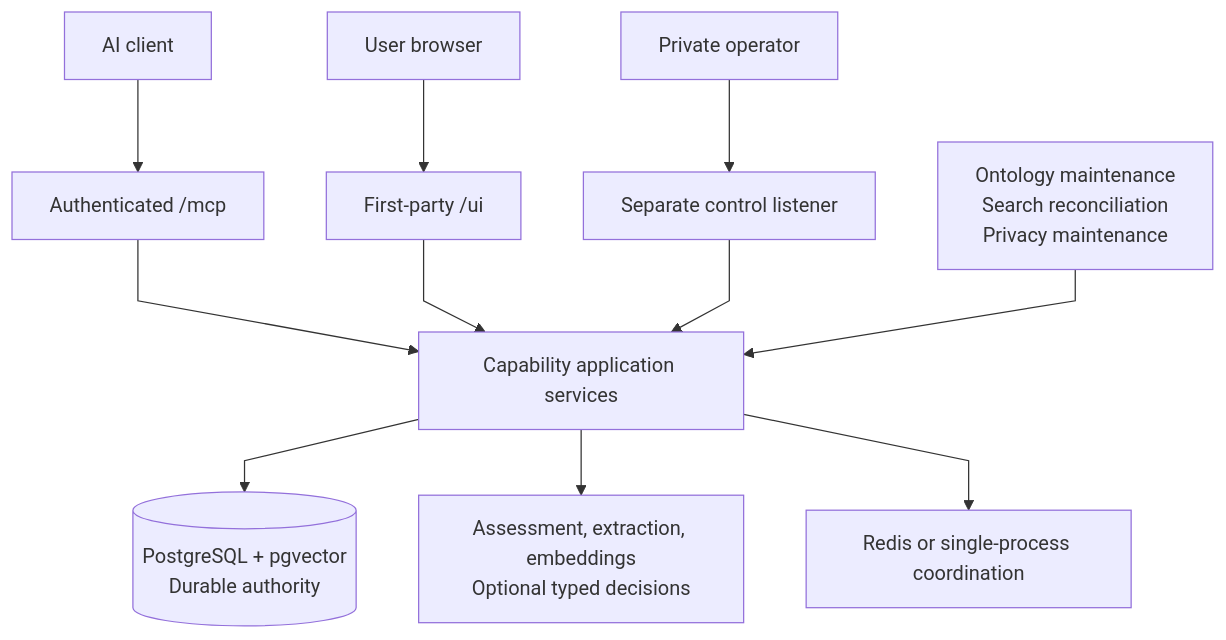
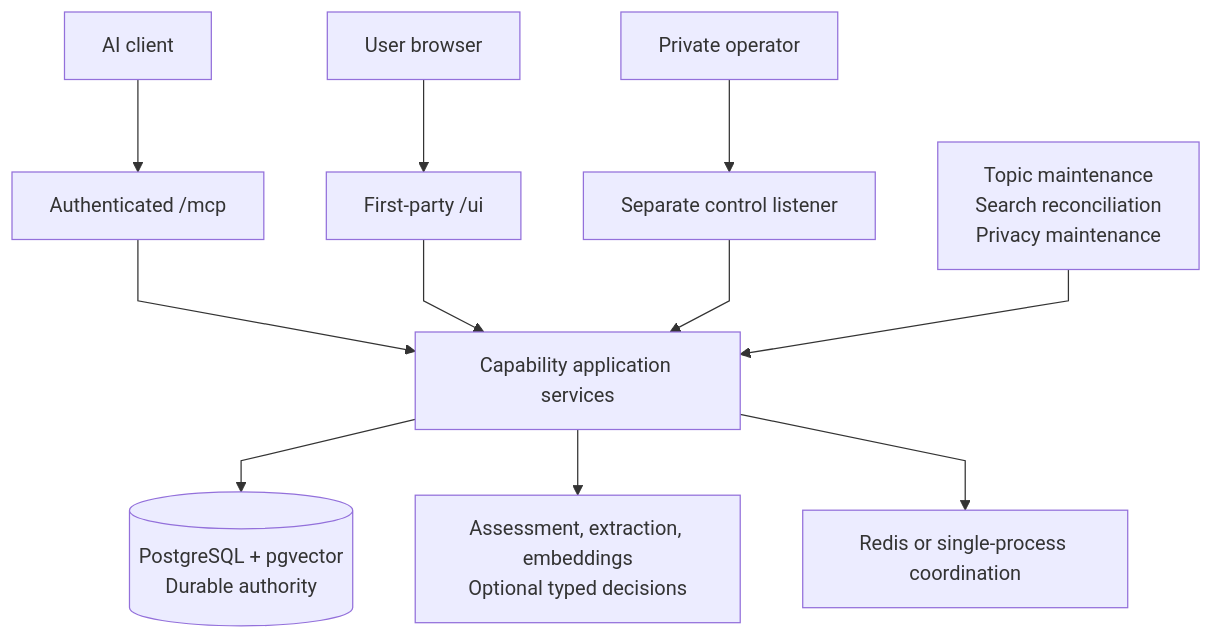
One commit to markhuangai/dense-mem changed the first of 2 diagrams in _guides/Architecture.md. Above: the diagram before and after it, drawn with Mermaid. The commit also changed other lines of this file and 29 other files, not shown here.

````diff
--- a/_guides/Architecture.md
+++ b/_guides/Architecture.md
@@ -14,14 +14,14 @@
 ```mermaid
 %%{init: {"flowchart": {"curve": "linear"}}}%%
 flowchart TB
   Client["AI client"] --> MCP["Authenticated /mcp"]
   User["User browser"] --> UI["First-party /ui"]
   Operator["Private operator"] --> Control["Separate control listener"]
   MCP --> App["Capability application services"]
   UI --> App
   Control --> App
   App --> PG[("PostgreSQL + pgvector<br/>Durable authority")]
   App --> Providers["Assessment, extraction, embeddings<br/>Optional typed decisions"]
   App --> Coordination["Redis or single-process coordination"]
-  Workers["Ontology maintenance<br/>Search reconciliation<br/>Privacy maintenance"] --> App
+  Workers["Topic maintenance<br/>Search reconciliation<br/>Privacy maintenance"] --> App
 ```
````
